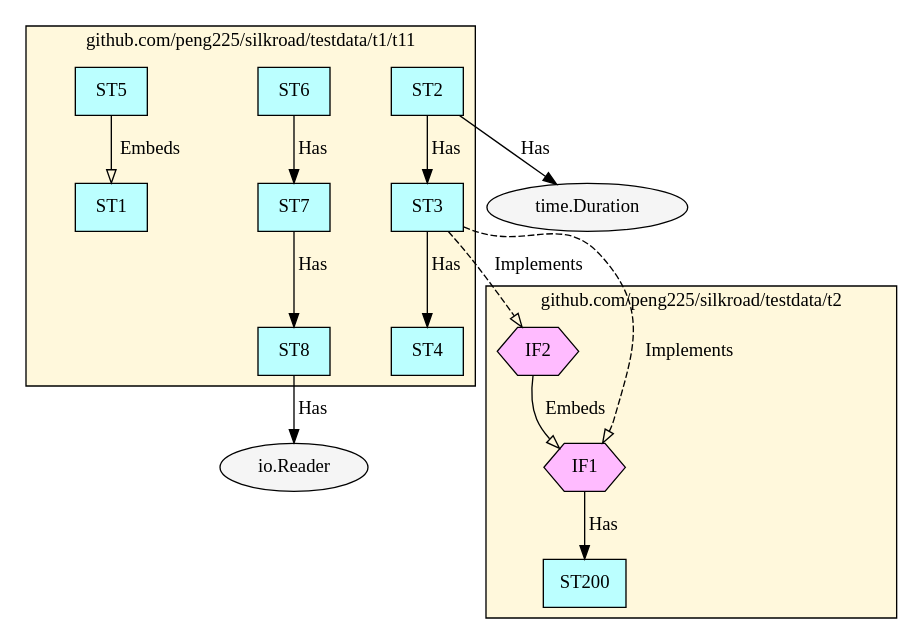
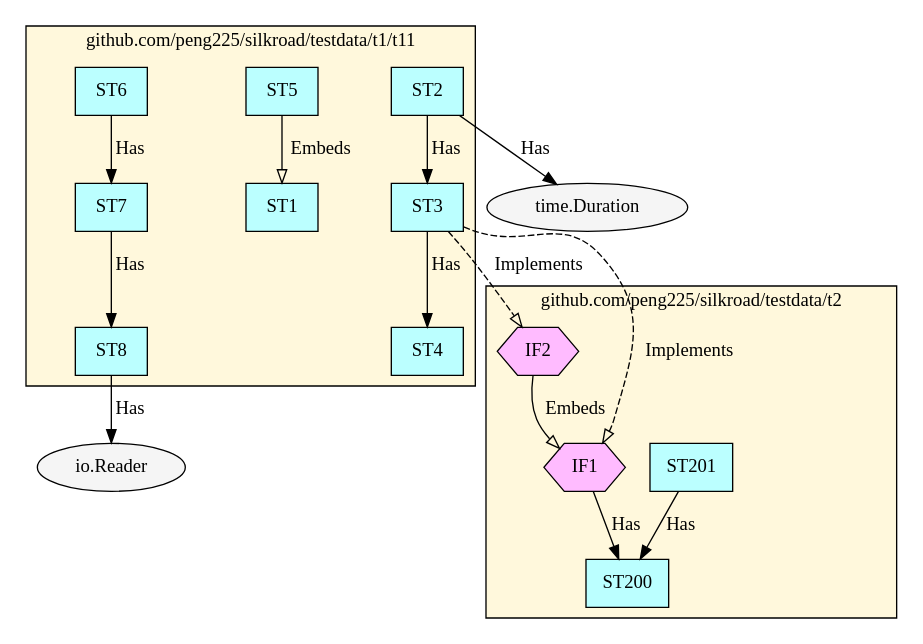
One commit to peng225/silkroad changed the diagram in test3.dot. Above: the diagram before and after it, drawn with Graphviz. The commit also changed 6 other files, not shown here.

```diff
--- a/test3.dot
+++ b/test3.dot
@@ -1,35 +1,37 @@
 digraph G {
 node[style="filled" fillcolor="whitesmoke"]
 subgraph cluster_github_com_peng225_silkroad_testdata_t2 {
   label = "github.com/peng225/silkroad/testdata/t2";
   style = "solid";
   bgcolor = "cornsilk";
   "github.com/peng225/silkroad/testdata/t2.ST200" [label="ST200" shape="rect" fillcolor="paleturquoise1"];
+  "github.com/peng225/silkroad/testdata/t2.ST201" [label="ST201" shape="rect" fillcolor="paleturquoise1"];
   "github.com/peng225/silkroad/testdata/t2.IF1" [label="IF1" shape="hexagon" fillcolor="plum1"];
   "github.com/peng225/silkroad/testdata/t2.IF2" [label="IF2" shape="hexagon" fillcolor="plum1"];
 }
 subgraph cluster_github_com_peng225_silkroad_testdata_t1_t11 {
   label = "github.com/peng225/silkroad/testdata/t1/t11";
   style = "solid";
   bgcolor = "cornsilk";
+  "github.com/peng225/silkroad/testdata/t1/t11.ST4" [label="ST4" shape="rect" fillcolor="paleturquoise1"];
+  "github.com/peng225/silkroad/testdata/t1/t11.ST5" [label="ST5" shape="rect" fillcolor="paleturquoise1"];
   "github.com/peng225/silkroad/testdata/t1/t11.ST6" [label="ST6" shape="rect" fillcolor="paleturquoise1"];
   "github.com/peng225/silkroad/testdata/t1/t11.ST7" [label="ST7" shape="rect" fillcolor="paleturquoise1"];
   "github.com/peng225/silkroad/testdata/t1/t11.ST8" [label="ST8" shape="rect" fillcolor="paleturquoise1"];
   "github.com/peng225/silkroad/testdata/t1/t11.ST1" [label="ST1" shape="rect" fillcolor="paleturquoise1"];
   "github.com/peng225/silkroad/testdata/t1/t11.ST2" [label="ST2" shape="rect" fillcolor="paleturquoise1"];
   "github.com/peng225/silkroad/testdata/t1/t11.ST3" [label="ST3" shape="rect" fillcolor="paleturquoise1"];
-  "github.com/peng225/silkroad/testdata/t1/t11.ST4" [label="ST4" shape="rect" fillcolor="paleturquoise1"];
-  "github.com/peng225/silkroad/testdata/t1/t11.ST5" [label="ST5" shape="rect" fillcolor="paleturquoise1"];
 }
 "github.com/peng225/silkroad/testdata/t1/t11.ST5" -> "github.com/peng225/silkroad/testdata/t1/t11.ST1" [label="Embeds" arrowhead="empty" style="solid"];
-"github.com/peng225/silkroad/testdata/t1/t11.ST6" -> "github.com/peng225/silkroad/testdata/t1/t11.ST7" [label="Has" arrowhead="normal" style="solid"];
+"github.com/peng225/silkroad/testdata/t1/t11.ST8" -> "io.Reader" [label="Has" arrowhead="normal" style="solid"];
+"github.com/peng225/silkroad/testdata/t2.IF2" -> "github.com/peng225/silkroad/testdata/t2.IF1" [label="Embeds" arrowhead="empty" style="solid"];
 "github.com/peng225/silkroad/testdata/t1/t11.ST7" -> "github.com/peng225/silkroad/testdata/t1/t11.ST8" [label="Has" arrowhead="normal" style="solid"];
-"github.com/peng225/silkroad/testdata/t1/t11.ST8" -> "io.Reader" [label="Has" arrowhead="normal" style="solid"];
-"github.com/peng225/silkroad/testdata/t2.IF1" -> "github.com/peng225/silkroad/testdata/t2.ST200" [label="Has" arrowhead="normal" style="solid"];
-"github.com/peng225/silkroad/testdata/t2.IF2" -> "github.com/peng225/silkroad/testdata/t2.IF1" [label="Embeds" arrowhead="empty" style="solid"];
+"github.com/peng225/silkroad/testdata/t1/t11.ST3" -> "github.com/peng225/silkroad/testdata/t1/t11.ST4" [label="Has" arrowhead="normal" style="solid"];
+"github.com/peng225/silkroad/testdata/t1/t11.ST3" -> "github.com/peng225/silkroad/testdata/t2.IF1" [label="Implements" arrowhead="empty" style="dashed"];
+"github.com/peng225/silkroad/testdata/t1/t11.ST3" -> "github.com/peng225/silkroad/testdata/t2.IF2" [label="Implements" arrowhead="empty" style="dashed"];
 "github.com/peng225/silkroad/testdata/t1/t11.ST2" -> "github.com/peng225/silkroad/testdata/t1/t11.ST3" [label="Has" arrowhead="normal" style="solid"];
 "github.com/peng225/silkroad/testdata/t1/t11.ST2" -> "time.Duration" [label="Has" arrowhead="normal" style="solid"];
-"github.com/peng225/silkroad/testdata/t1/t11.ST3" -> "github.com/peng225/silkroad/testdata/t2.IF2" [label="Implements" arrowhead="empty" style="dashed"];
-"github.com/peng225/silkroad/testdata/t1/t11.ST3" -> "github.com/peng225/silkroad/testdata/t1/t11.ST4" [label="Has" arrowhead="normal" style="solid"];
-"github.com/peng225/silkroad/testdata/t1/t11.ST3" -> "github.com/peng225/silkroad/testdata/t2.IF1" [label="Implements" arrowhead="empty" style="dashed"];
+"github.com/peng225/silkroad/testdata/t1/t11.ST6" -> "github.com/peng225/silkroad/testdata/t1/t11.ST7" [label="Has" arrowhead="normal" style="solid"];
+"github.com/peng225/silkroad/testdata/t2.ST201" -> "github.com/peng225/silkroad/testdata/t2.ST200" [label="Has" arrowhead="normal" style="solid"];
+"github.com/peng225/silkroad/testdata/t2.IF1" -> "github.com/peng225/silkroad/testdata/t2.ST200" [label="Has" arrowhead="normal" style="solid"];
 }
```
